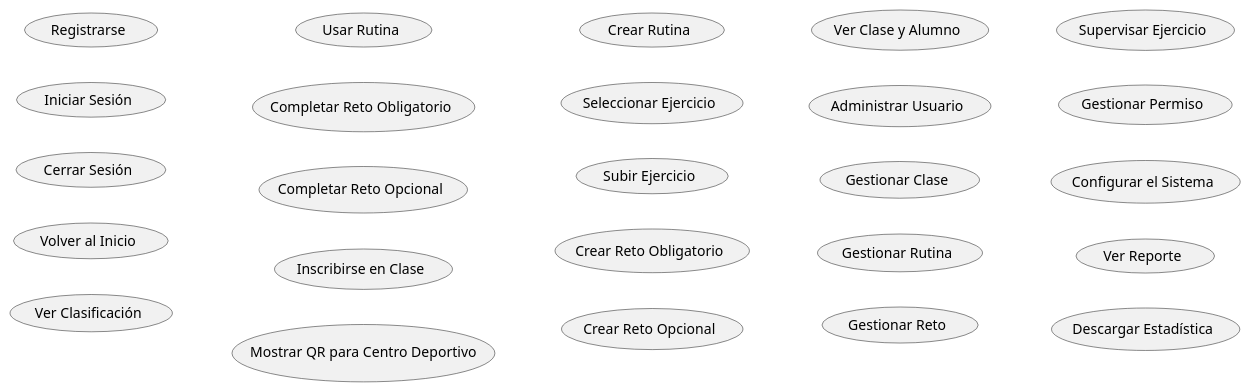
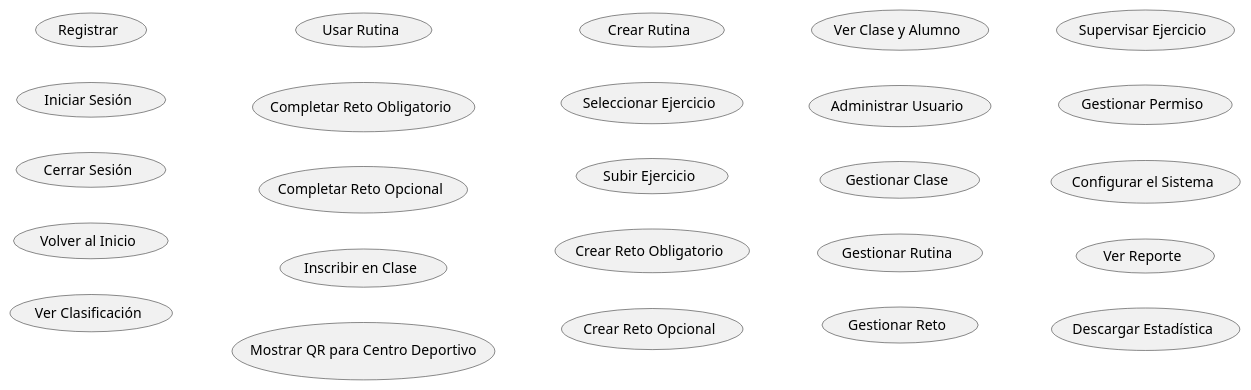
The diagram in Documentos/CasosUso/CasosUso.puml (mmasias/24-25-IdSw1-SDR), drawn with PlantUML before and after one commit.

Commit message:
Todo verbos

```diff
--- a/Documentos/CasosUso/CasosUso.puml
+++ b/Documentos/CasosUso/CasosUso.puml
@@ -1,35 +1,35 @@
 @startuml
 left to right direction
 
-usecase "Registrarse" as Registrarse
+usecase "Registrar" as Registrarse
 
 usecase "Iniciar Sesión" as IniciarSesion
 usecase "Cerrar Sesión" as CerrarSesion
 usecase "Volver al Inicio" as VolverInicio
 
 usecase "Ver Clasificación" as VerClasificacion
 usecase "Usar Rutina" as UsarRutina
 usecase "Completar Reto Obligatorio" as CompletarRetoObligatorio
 usecase "Completar Reto Opcional" as CompletarRetoOpcional
-usecase "Inscribirse en Clase" as InscribirseClase
+usecase "Inscribir en Clase" as InscribirseClase
 usecase "Mostrar QR para Centro Deportivo" as UsarQR
 usecase "Crear Rutina" as CrearRutinaPersonalizada
 usecase "Seleccionar Ejercicio" as SeleccionarEjercicio
 
 usecase "Subir Ejercicio" as SubirEjercicio
 usecase "Crear Reto Obligatorio" as CrearRetoObligatorio
 usecase "Crear Reto Opcional" as CrearRetoOpcional
 usecase "Ver Clase y Alumno" as VerClaseAlumno
 
 usecase "Administrar Usuario" as AdministrarUsuario
 usecase "Gestionar Clase" as GestionarClase
 usecase "Gestionar Rutina" as GestionarRutina
 usecase "Gestionar Reto" as GestionarReto
 usecase "Supervisar Ejercicio" as SupervisarEjercicio
 usecase "Gestionar Permiso" as GestionarPermiso
 usecase "Configurar el Sistema" as ConfigurarSistema
 usecase "Ver Reporte" as VerReporte
 usecase "Descargar Estadística" as DescargarEstadistica
 
 
 @enduml
```
